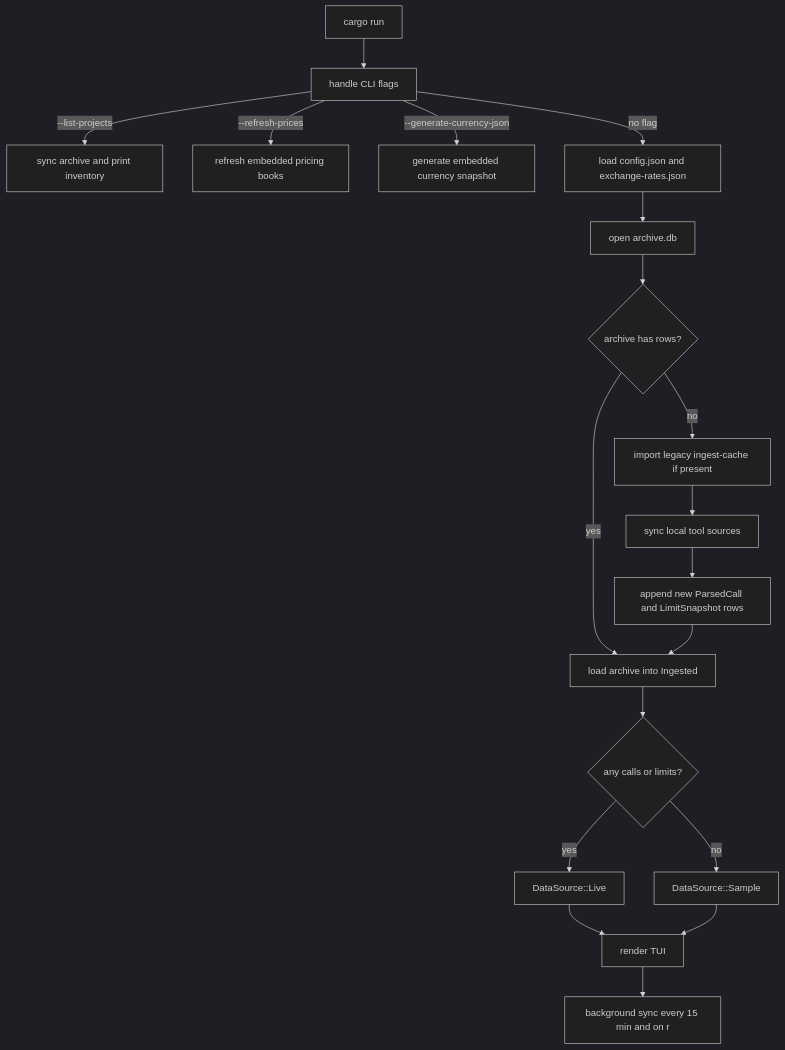
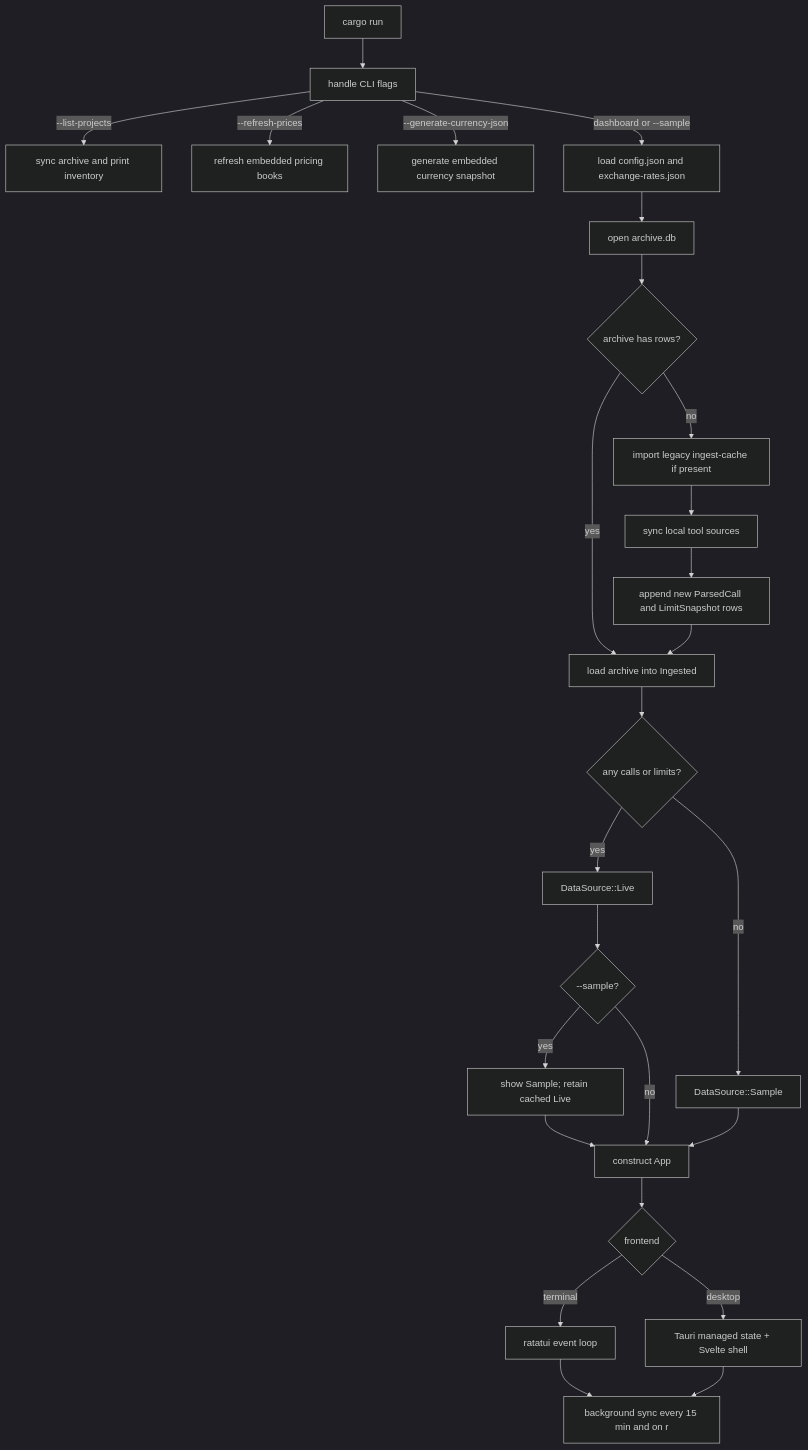
The first of 5 diagrams in docs/development/architecture.md (russmckendrick/tokenuse), drawn with Mermaid (dark theme) before and after one commit. The commit also changed other lines of this file and 48 other files, not shown here.

````diff
--- a/docs/development/architecture.md
+++ b/docs/development/architecture.md
@@ -7,21 +7,28 @@
 ```mermaid
 flowchart TD
     A[cargo run] --> B[handle CLI flags]
     B -->|--list-projects| C[sync archive and print inventory]
     B -->|--refresh-prices| D[refresh embedded pricing books]
     B -->|--generate-currency-json| L[generate embedded currency snapshot]
-    B -->|no flag| M[load config.json and exchange-rates.json]
+    B -->|dashboard or --sample| M[load config.json and exchange-rates.json]
     M --> N[open archive.db]
     N --> O{archive has rows?}
     O -->|yes| P[load archive into Ingested]
     O -->|no| Q[import legacy ingest-cache if present]
     Q --> R[sync local tool sources]
     R --> S[append new ParsedCall and LimitSnapshot rows]
     S --> P
     P --> H{any calls or limits?}
     H -->|yes| I[DataSource::Live]
     H -->|no| J[DataSource::Sample]
-    I --> K[render TUI]
+    I --> U{--sample?}
+    U -->|yes| SF[show Sample; retain cached Live]
+    U -->|no| K[construct App]
     J --> K
-    K --> T[background sync every 15 min and on r]
+    SF --> K
+    K --> V{frontend}
+    V -->|terminal| TUI[ratatui event loop]
+    V -->|desktop| Desk[Tauri managed state + Svelte shell]
+    TUI --> T[background sync every 15 min and on r]
+    Desk --> T
 ```
````
